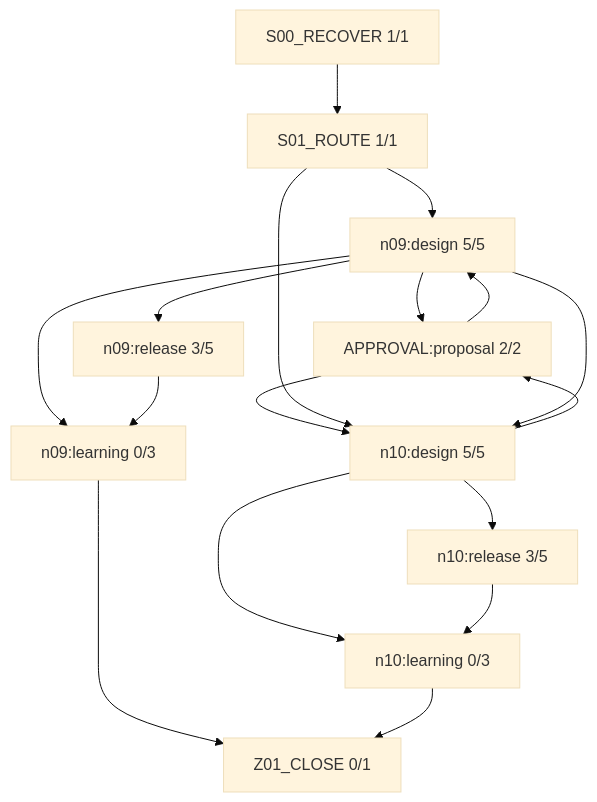
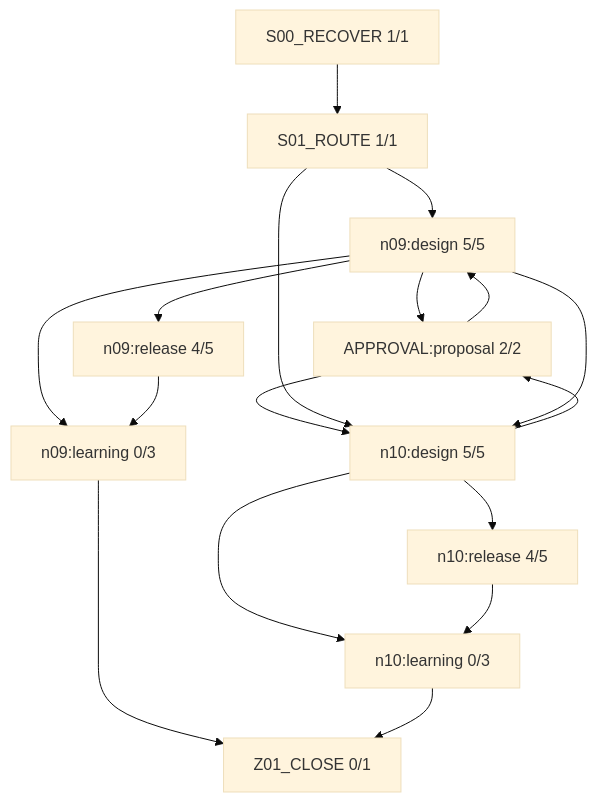
The diagram in work/items/W-MATH-034-n09-n10-guided-design/generated/FIRE_DIAGRAM.md (rrikunagasige-dot/kyotsu-step-web), drawn with Mermaid (base theme) before and after one commit. The commit also changed other lines of this file and 43 other files, not shown here.

Commit message:
docs: save public two-unit evidence and current workflow diagrams [skip ci]

````diff
--- a/work/items/W-MATH-034-n09-n10-guided-design/generated/FIRE_DIAGRAM.md
+++ b/work/items/W-MATH-034-n09-n10-guided-design/generated/FIRE_DIAGRAM.md
@@ -5,29 +5,29 @@
 ```mermaid
 flowchart TD
   N0["S00_RECOVER 1/1"]
   N1["S01_ROUTE 1/1"]
   N2["n09:design 5/5"]
   N3["APPROVAL:proposal 2/2"]
-  N4["n09:release 3/5"]
+  N4["n09:release 4/5"]
   N5["n10:design 5/5"]
-  N6["n10:release 3/5"]
+  N6["n10:release 4/5"]
   N7["n09:learning 0/3"]
   N8["n10:learning 0/3"]
   N9["Z01_CLOSE 0/1"]
   N3 --> N2
   N3 --> N5
   N0 --> N1
   N1 --> N2
   N1 --> N5
   N2 --> N3
   N2 --> N7
   N2 --> N4
   N2 --> N5
   N7 --> N9
   N4 --> N7
   N5 --> N3
   N5 --> N8
   N5 --> N6
   N8 --> N9
   N6 --> N8
 ```
````
